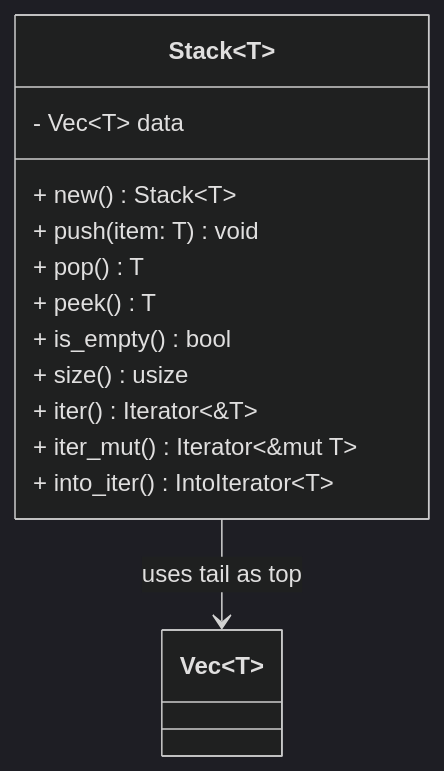
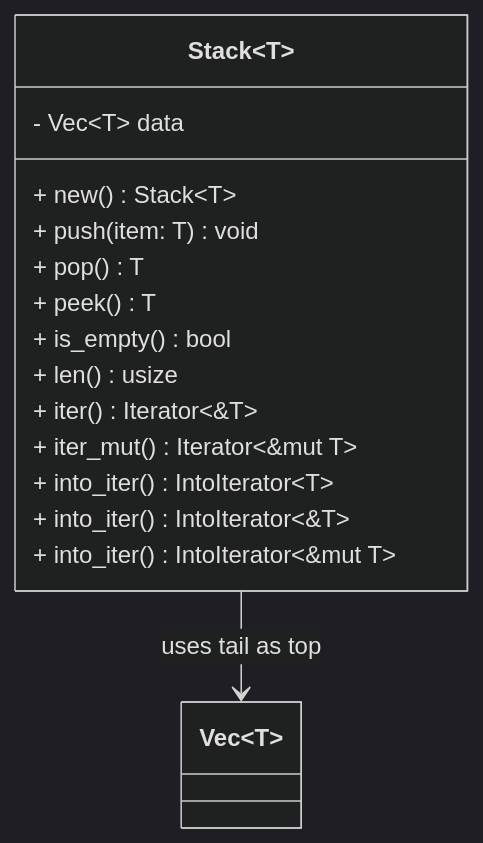
Before and after one commit to wassimans/algorithms-and-data-structures-in-rust: the diagram in README.md, drawn with Mermaid (dark theme). The commit also changed 2 other files, not shown here.

Commit message:
Add matching parenthesis example for Stack

````diff
--- a/README.md
+++ b/README.md
@@ -29,17 +29,19 @@
 ```mermaid
 classDiagram
     class Stack~T~ {
         - Vec~T~ data
         + new() Stack~T~
         + push(item: T) void
         + pop() T
         + peek() T
         + is_empty() bool
-        + size() usize
+        + len() usize
         + iter() Iterator~&T~
         + iter_mut() Iterator~&mut T~
         + into_iter() IntoIterator~T~
+        + into_iter() IntoIterator~&T~
+        + into_iter() IntoIterator~&mut T~
     }
 
     Stack~T~ --> Vec~T~ : uses tail as top
 ```
````
